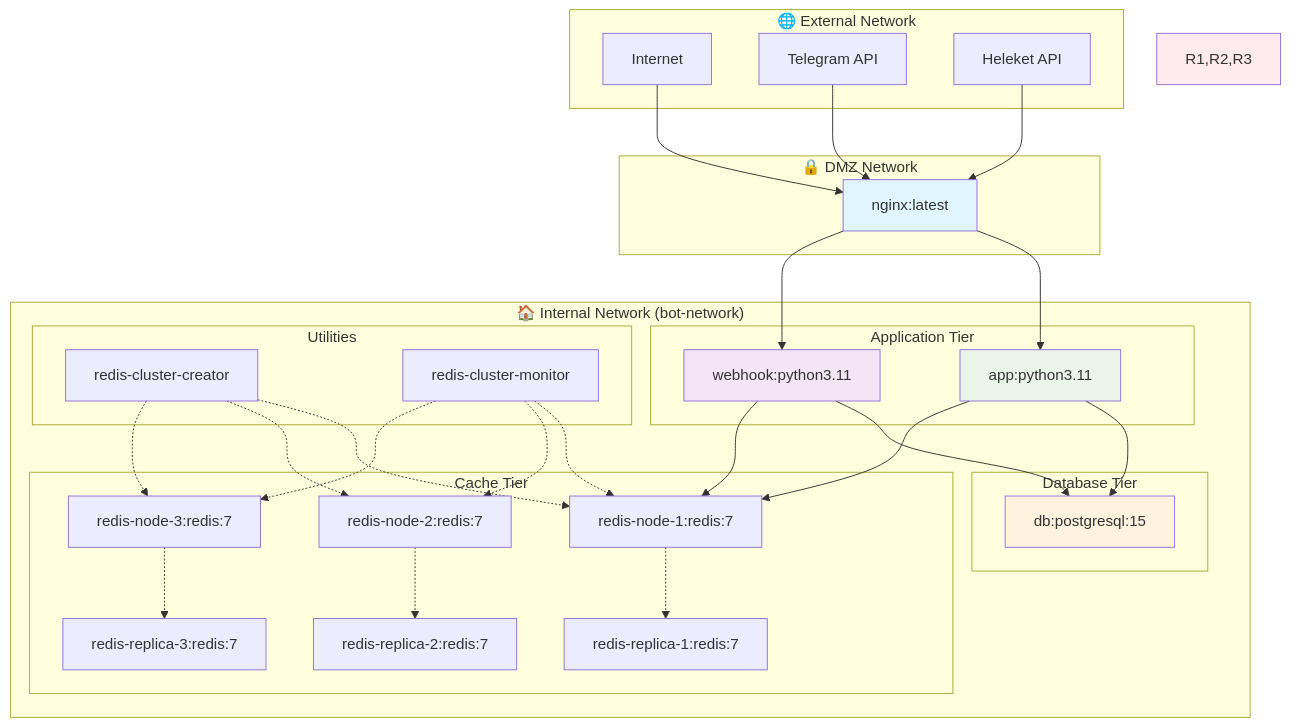
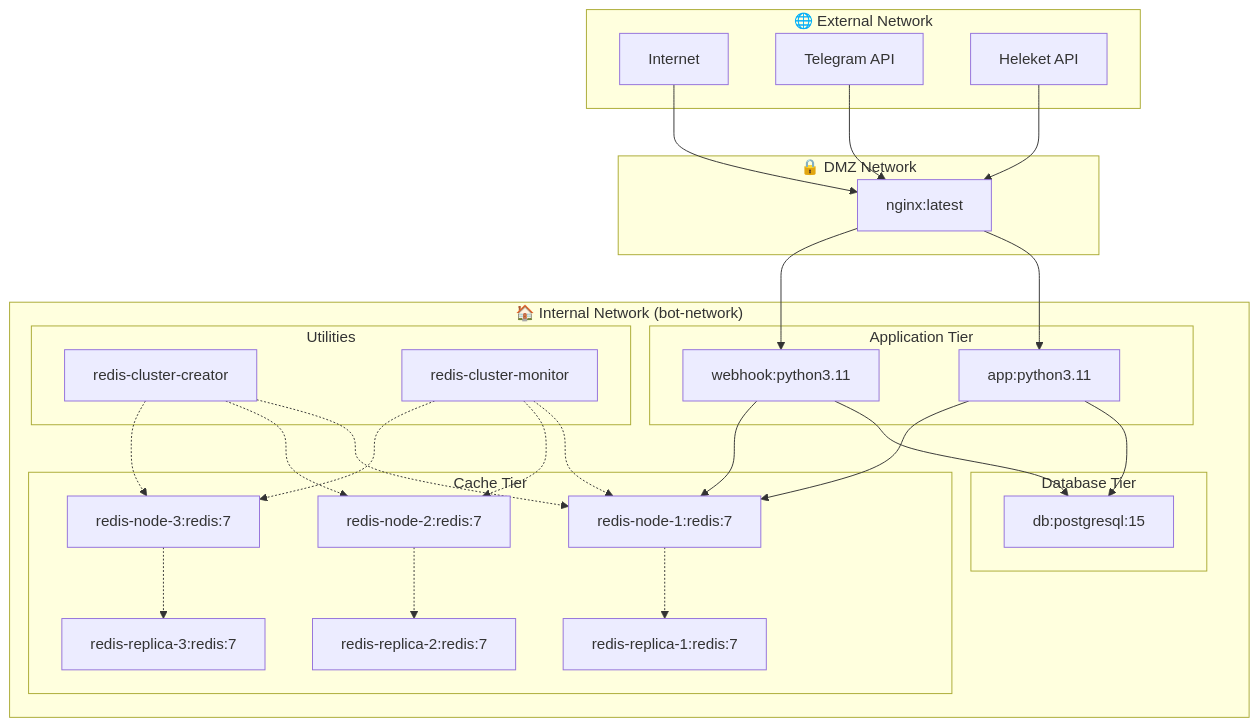
The first of 10 diagrams in docs/DEPLOYMENT.md (neKamita/Mirza-Telegram-Shop-Bot), drawn with Mermaid before and after one commit. The commit also changed other lines of this file and 2 other files, not shown here.

````diff
--- a/docs/DEPLOYMENT.md
+++ b/docs/DEPLOYMENT.md
@@ -11,68 +11,63 @@
 ```mermaid
 graph TB
     subgraph "🌐 External Network"
         INET[Internet]
         TG_API[Telegram API]
         HELEKET[Heleket API]
     end
     
     subgraph "🔒 DMZ Network"
         NGINX[nginx:latest]
     end
     
     subgraph "🏠 Internal Network (bot-network)"
         subgraph "Application Tier"
             APP[app:python3.11]
             WEBHOOK[webhook:python3.11]
         end
         
         subgraph "Database Tier"
             PG[db:postgresql:15]
         end
         
         subgraph "Cache Tier"
             R1[redis-node-1:redis:7]
             R2[redis-node-2:redis:7]
             R3[redis-node-3:redis:7]
             RR1[redis-replica-1:redis:7]
             RR2[redis-replica-2:redis:7]
             RR3[redis-replica-3:redis:7]
         end
         
         subgraph "Utilities"
             RC[redis-cluster-creator]
             RM[redis-cluster-monitor]
         end
     end
     
     INET --> NGINX
     TG_API --> NGINX
     HELEKET --> NGINX
     
     NGINX --> APP
     NGINX --> WEBHOOK
     
     APP --> PG
     WEBHOOK --> PG
     
     APP --> R1
     WEBHOOK --> R1
     
     R1 -.-> RR1
     R2 -.-> RR2
     R3 -.-> RR3
     
     RC -.-> R1
     RC -.-> R2
     RC -.-> R3
     
     RM -.-> R1
     RM -.-> R2
     RM -.-> R3
     
-    style NGINX fill:#e1f5fe
-    style APP fill:#e8f5e8
-    style WEBHOOK fill:#f3e5f5
-    style PG fill:#fff3e0
-    style R1,R2,R3 fill:#ffebee
 ```
````
